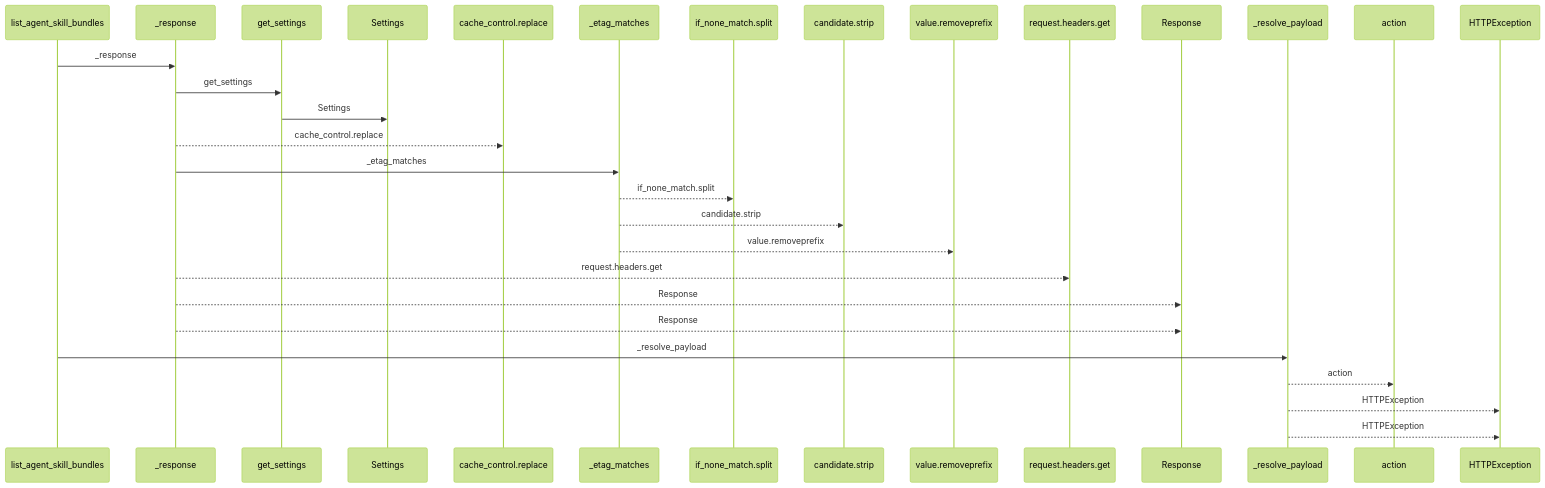
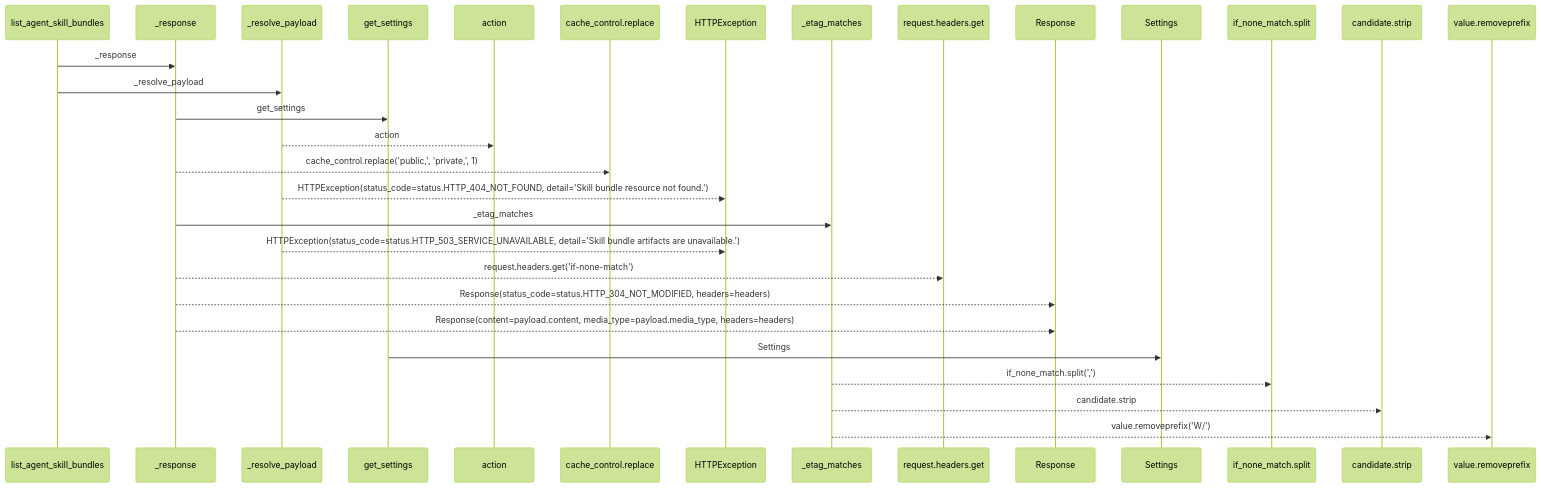
The first of 2 diagrams in docs/llm_wiki/flows/http-list_agent_skill_bundles.md (Denissvgn/WorkChord), drawn with Mermaid (forest theme) before and after one commit. The commit also changed other lines of this file and 25171 other files, not shown here.

````diff
--- a/docs/llm_wiki/flows/http-list_agent_skill_bundles.md
+++ b/docs/llm_wiki/flows/http-list_agent_skill_bundles.md
@@ -10,32 +12,32 @@
 ```mermaid
 sequenceDiagram
     participant p0 as list_agent_skill_bundles
     participant p1 as _response
-    participant p2 as get_settings
-    participant p3 as Settings
-    participant p4 as cache_control.replace
-    participant p5 as _etag_matches
-    participant p6 as if_none_match.split
-    participant p7 as candidate.strip
-    participant p8 as value.removeprefix
-    participant p9 as request.headers.get
-    participant p10 as Response
-    participant p11 as _resolve_payload
-    participant p12 as action
-    participant p13 as HTTPException
+    participant p2 as _resolve_payload
+    participant p3 as get_settings
+    participant p4 as action
+    participant p5 as cache_control.replace
+    participant p6 as HTTPException
+    participant p7 as _etag_matches
+    participant p8 as request.headers.get
+    participant p9 as Response
+    participant p10 as Settings
+    participant p11 as if_none_match.split
+    participant p12 as candidate.strip
+    participant p13 as value.removeprefix
     p0->>p1: _response
-    p1->>p2: get_settings
-    p2->>p3: Settings
-    p1-->>p4: cache_control.replace
-    p1->>p5: _etag_matches
-    p5-->>p6: if_none_match.split
-    p5-->>p7: candidate.strip
-    p5-->>p8: value.removeprefix
-    p1-->>p9: request.headers.get
-    p1-->>p10: Response
-    p1-->>p10: Response
-    p0->>p11: _resolve_payload
-    p11-->>p12: action
-    p11-->>p13: HTTPException
-    p11-->>p13: HTTPException
+    p0->>p2: _resolve_payload
+    p1->>p3: get_settings
+    p2-->>p4: action
+    p1-->>p5: cache_control.replace('public,', 'private,', 1)
+    p2-->>p6: HTTPException(status_code=status.HTTP_404_NOT_FOUND, detail='Skill bundle resource not found.')
+    p1->>p7: _etag_matches
+    p2-->>p6: HTTPException(status_code=status.HTTP_503_SERVICE_UNAVAILABLE, detail='Skill bundle artifacts are unavailable.')
+    p1-->>p8: request.headers.get('if-none-match')
+    p1-->>p9: Response(status_code=status.HTTP_304_NOT_MODIFIED, headers=headers)
+    p1-->>p9: Response(content=payload.content, media_type=payload.media_type, headers=headers)
+    p3->>p10: Settings
+    p7-->>p11: if_none_match.split(',')
+    p7-->>p12: candidate.strip
+    p7-->>p13: value.removeprefix('W/')
 ```
````
